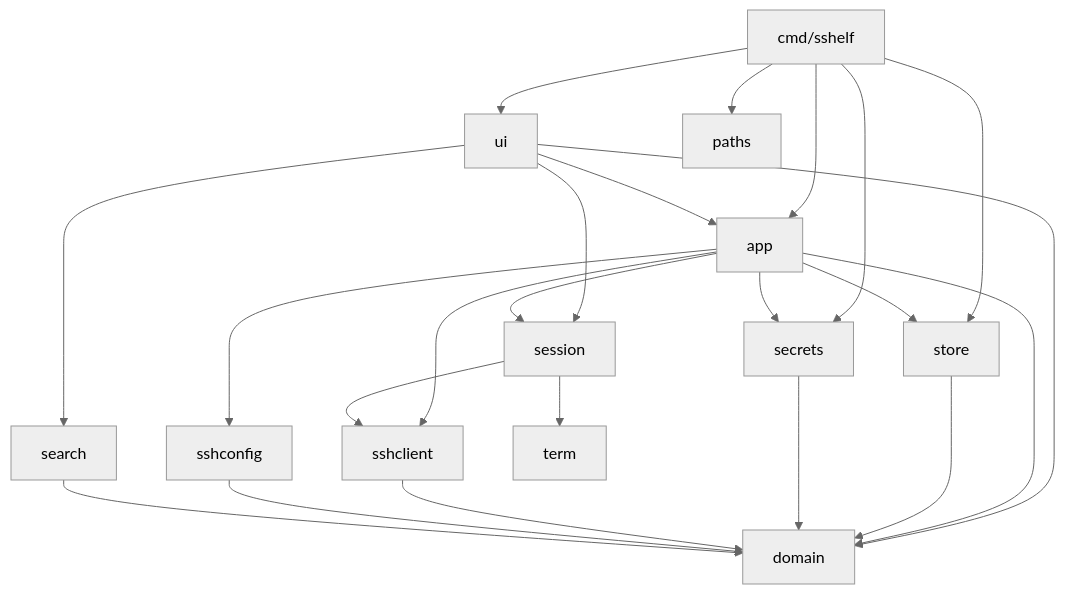
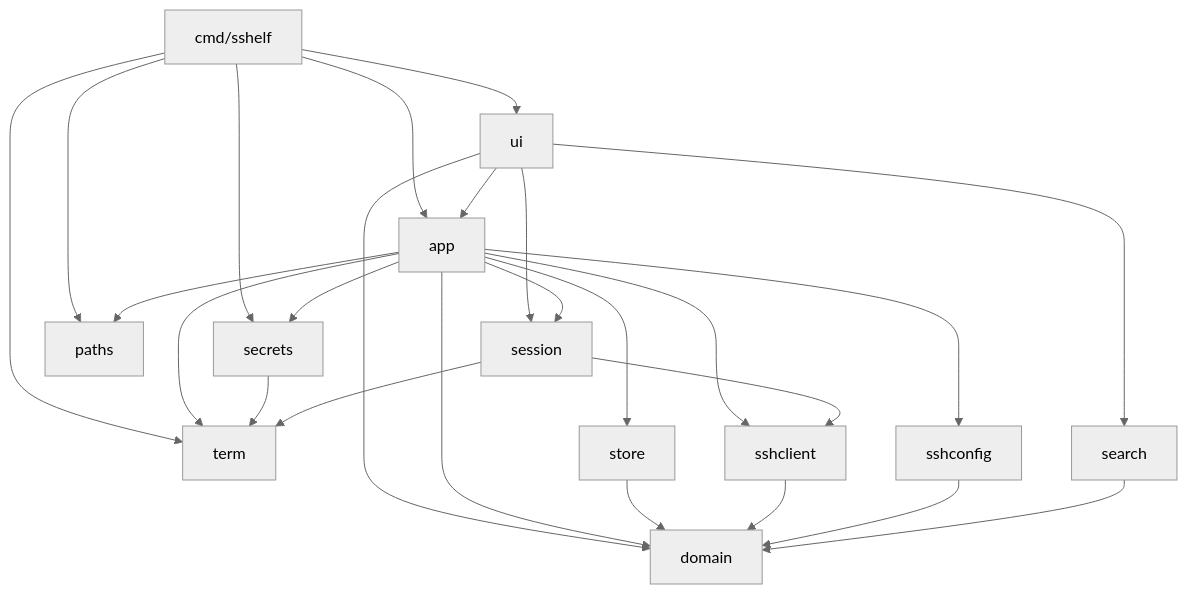
The first of 3 diagrams in specs/architecture/design.md (RafaelXokito/sshelf), drawn with Mermaid (neutral theme) before and after one commit. The commit also changed other lines of this file and 5 other files, not shown here.

````diff
--- a/specs/architecture/design.md
+++ b/specs/architecture/design.md
@@ -471,25 +505,27 @@
 ```mermaid
 flowchart TD
     main[cmd/sshelf] --> app
     main --> ui
-    main --> store
     main --> secrets
     main --> paths
+    main --> term
     ui --> app
     ui --> domain
     ui --> search
     ui --> session
     app --> store
     app --> secrets
     app --> sshclient
     app --> session
     app --> sshconfig
     app --> domain
+    app --> paths
+    app --> term
     store --> domain
-    secrets --> domain
+    secrets --> term
     sshclient --> domain
     session --> sshclient
     session --> term
     sshconfig --> domain
     search --> domain
 ```
````
